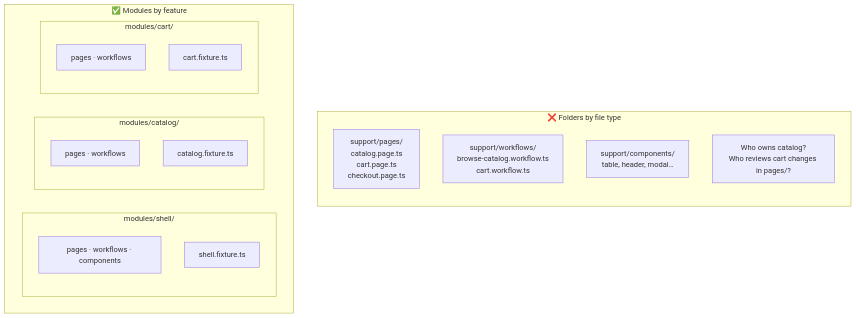
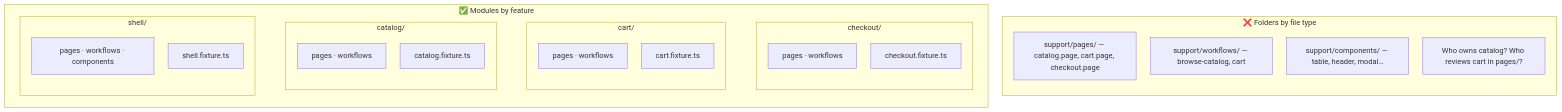
One commit to getulionm/pw-composition changed the first of 5 diagrams in README.md. Above: the diagram before and after it, drawn with Mermaid. The commit also changed other lines of this file and 2 other files, not shown here.

First line of the commit message:
Improve README diagrams and folder tree readability.

````diff
--- a/README.md
+++ b/README.md
@@ -22,26 +22,36 @@
 ```mermaid
+%%{init: {"themeVariables": {"fontSize": "16px"}, "flowchart": {"nodeSpacing": 30, "rankSpacing": 40}}}%%
 flowchart TB
   subgraph old["❌ Folders by file type"]
     direction TB
-    P["support/pages/<br/>catalog.page.ts<br/>cart.page.ts<br/>checkout.page.ts"]
-    W["support/workflows/<br/>browse-catalog.workflow.ts<br/>cart.workflow.ts"]
-    C["support/components/<br/>table, header, modal…"]
-    Q["Who owns catalog?<br/>Who reviews cart changes in pages/?"]
+    P["support/pages/ — catalog.page, cart.page, checkout.page"]
+    W["support/workflows/ — browse-catalog, cart"]
+    C["support/components/ — table, header, modal…"]
+    Q["Who owns catalog? Who reviews cart in pages/?"]
   end
 
   subgraph neu["✅ Modules by feature"]
     direction LR
-    subgraph shell["modules/shell/"]
+    subgraph shell["shell/"]
+      direction TB
       S1["pages · workflows · components"]
       S2["shell.fixture.ts"]
     end
-    subgraph catalog["modules/catalog/"]
+    subgraph catalog["catalog/"]
+      direction TB
       C1["pages · workflows"]
       C2["catalog.fixture.ts"]
     end
-    subgraph cart["modules/cart/"]
+    subgraph cart["cart/"]
+      direction TB
       K1["pages · workflows"]
       K2["cart.fixture.ts"]
     end
+    subgraph checkout["checkout/"]
+      direction TB
+      X1["pages · workflows"]
+      X2["checkout.fixture.ts"]
+    end
+    shell ~~~ catalog ~~~ cart ~~~ checkout
   end
 ```
````
